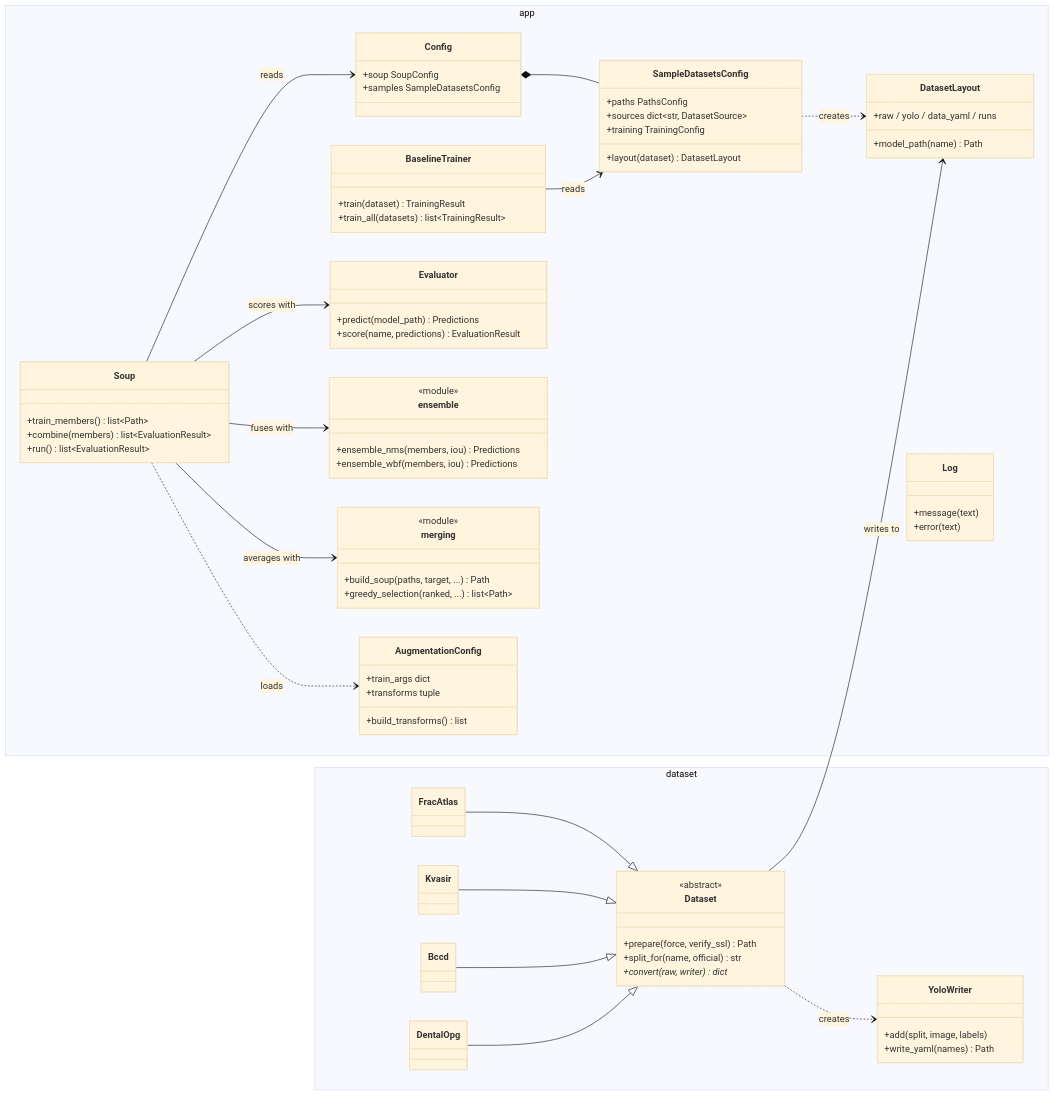
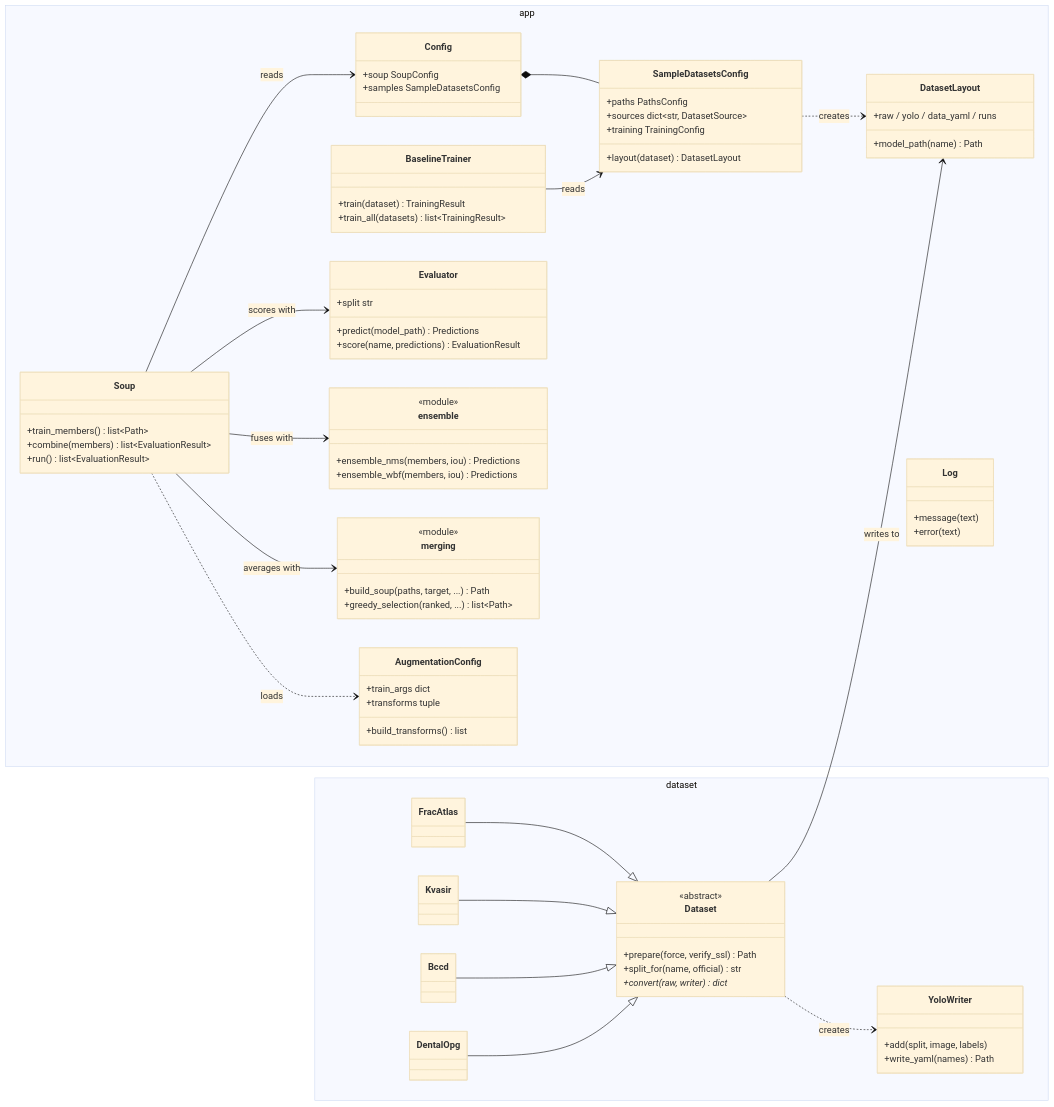
Before and after one commit to michael-mayo/model_soup: the second of 2 diagrams in README.md, drawn with Mermaid (base theme). The commit also changed other lines of this file and 4 other files, not shown here.

```diff
--- a/README.md
+++ b/README.md
@@ -330,6 +349,7 @@
         class Evaluator {
             +predict(model_path) Predictions
             +score(name, predictions) EvaluationResult
+            +split str
         }
         class ensemble {
             <<module>>
```
